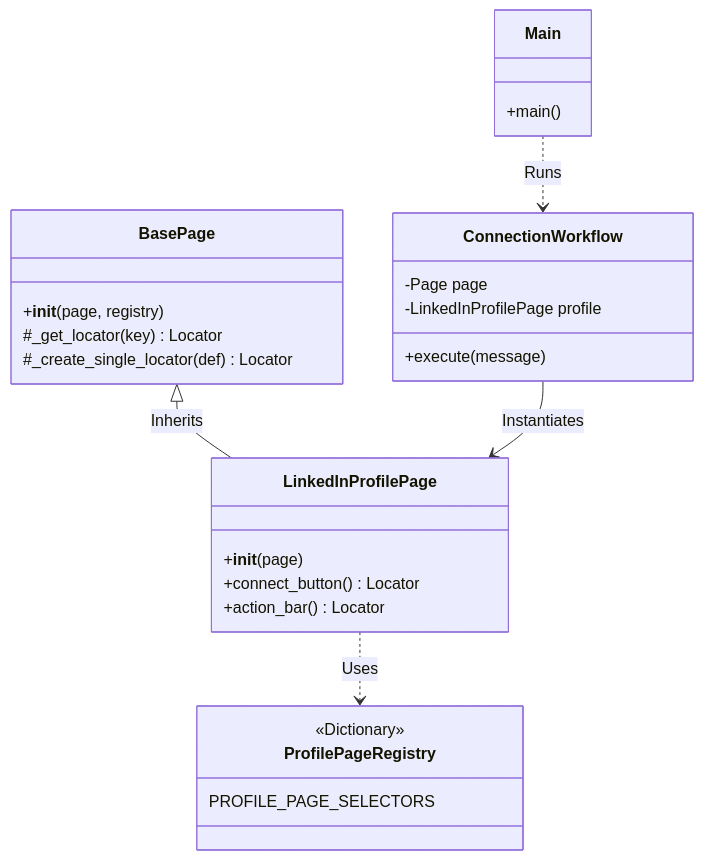
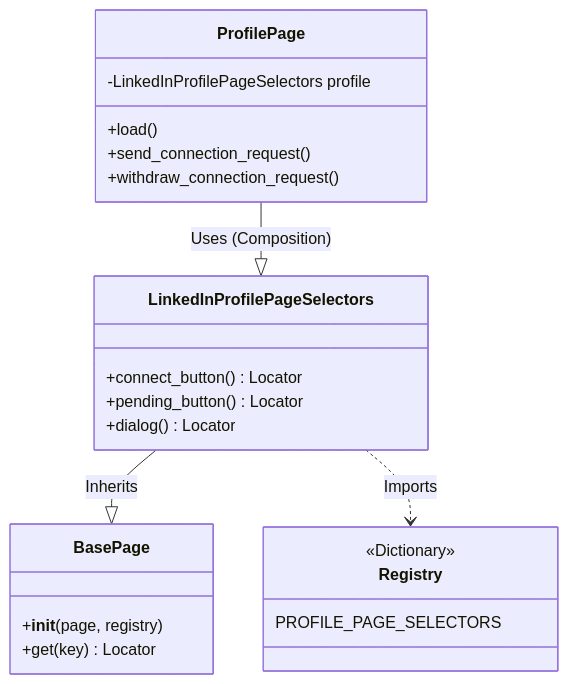
One commit to Roshan-yadav-evil-genius/LinkedIn-Scraper-crawler changed the first of 2 diagrams in automation/architecture.md. Above: the diagram before and after it, drawn with Mermaid. The commit also changed other lines of this file, not shown here.

Commit message:
docs: Add architecture documentation for the LinkedIn connection automation module.

````diff
--- a/automation/architecture.md
+++ b/automation/architecture.md
@@ -70,45 +62,39 @@
 ```mermaid
 classDiagram
     %% Styles
-    classDef page fill:#e1f5fe,stroke:#01579b,stroke-width:2px;
-    classDef work fill:#e8f5e9,stroke:#2e7d32,stroke-width:2px;
-    classDef core fill:#fff3e0,stroke:#ef6c00,stroke-width:2px;
-    classDef registry fill:#f3e5f5,stroke:#7b1fa2,stroke-width:2px;
+    classDef logic fill:#e1f5fe,stroke:#01579b,stroke-width:2px;
+    classDef selector fill:#f3e5f5,stroke:#4a148c,stroke-width:2px;
+    classDef core fill:#fff3e0,stroke:#e65100,stroke-width:2px;
 
-    class Main {
-        +main()
+    class ProfilePage {
+        +load()
+        +send_connection_request()
+        +withdraw_connection_request()
+        -LinkedInProfilePageSelectors profile
     }
 
     class BasePage {
         +__init__(page, registry)
-        #_get_locator(key) Locator
-        #_create_single_locator(def) Locator
+        +get(key) Locator
     }
 
-    class LinkedInProfilePage {
-        +__init__(page)
+    class LinkedInProfilePageSelectors {
         +connect_button() Locator
-        +action_bar() Locator
+        +pending_button() Locator
+        +dialog() Locator
     }
-    
-    class ProfilePageRegistry {
+
+    class Registry {
         <<Dictionary>>
         PROFILE_PAGE_SELECTORS
     }
 
-    class ConnectionWorkflow {
-        -Page page
-        -LinkedInProfilePage profile
-        +execute(message)
-    }
+    ProfilePage --|> LinkedInProfilePageSelectors : Uses (Composition)
+    LinkedInProfilePageSelectors --|> BasePage : Inherits
+    LinkedInProfilePageSelectors ..> Registry : Imports
 
-    BasePage <|-- LinkedInProfilePage : Inherits
-    LinkedInProfilePage ..> ProfilePageRegistry : Uses
-    ConnectionWorkflow --> LinkedInProfilePage : Instantiates
-    Main ..> ConnectionWorkflow : Runs
-    
-    class ConnectionWorkflow:::work
-    class LinkedInProfilePage:::page
-    class BasePage:::page
-    class ProfilePageRegistry:::registry
+    class ProfilePage:::logic
+    class LinkedInProfilePageSelectors:::selector
+    class BasePage:::selector
+    class Registry:::core
 ```
````
